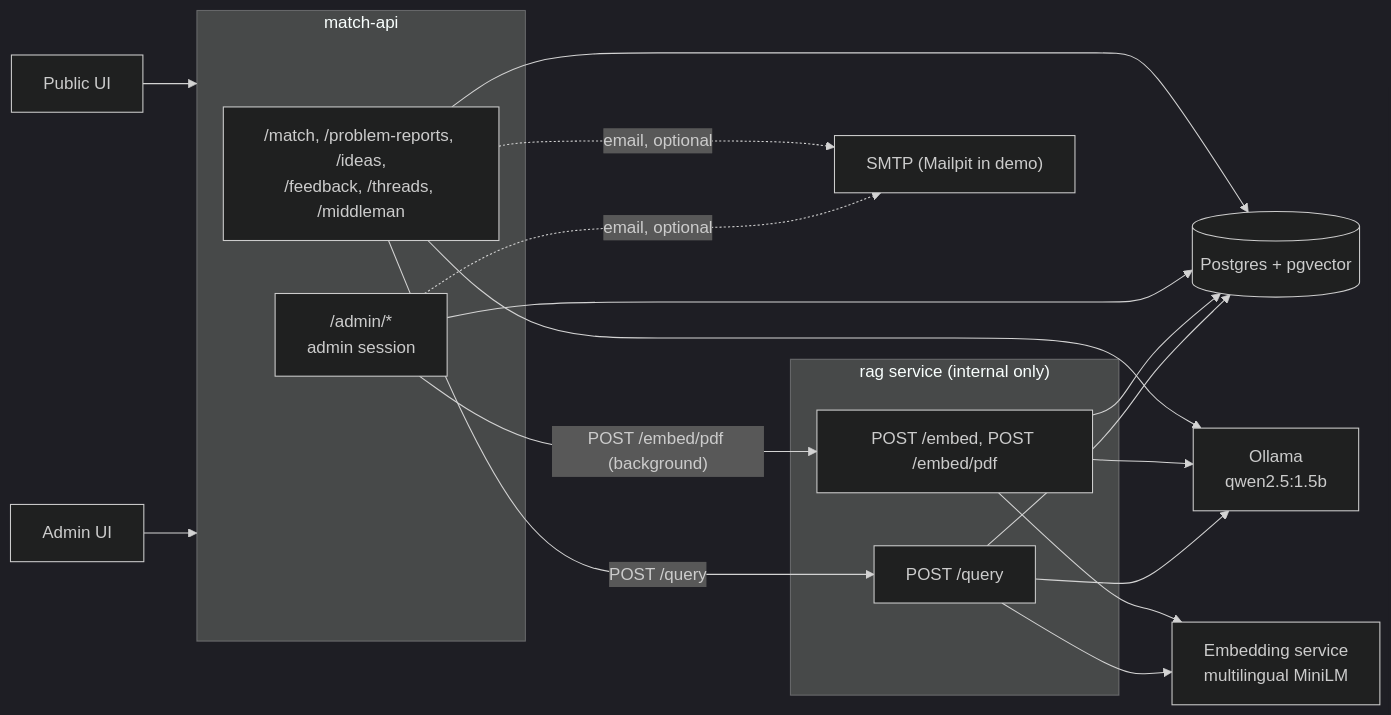
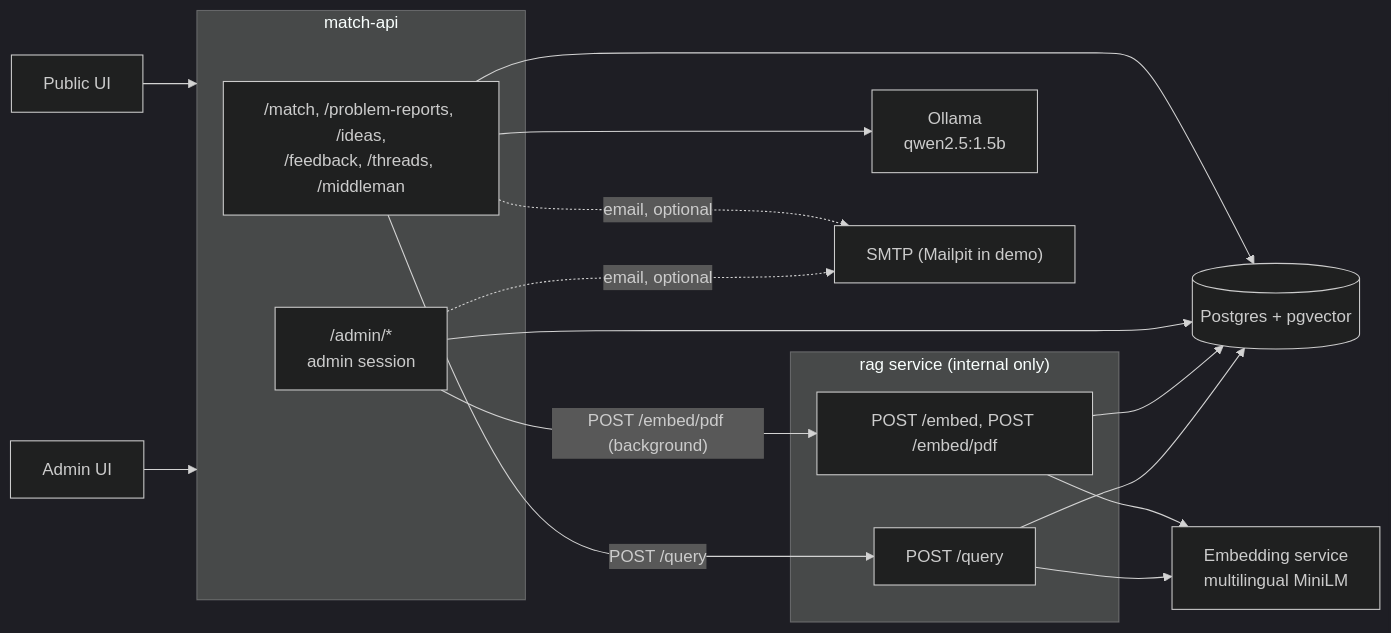
The first of 4 diagrams in documentation/backend/architecture.md (DziadBud/HackYeah2026), drawn with Mermaid (dark theme) before and after one commit. The commit also changed other lines of this file and 3 other files, not shown here.

````diff
--- a/documentation/backend/architecture.md
+++ b/documentation/backend/architecture.md
@@ -15,29 +15,28 @@
 ```mermaid
 flowchart LR
     PUI[Public UI] --> API
     AUI[Admin UI] --> API
 
     subgraph API["match-api"]
         PUB["/match, /problem-reports, /ideas,<br/>/feedback, /threads, /middleman"]
         ADM["/admin/*<br/>admin session"]
     end
 
     subgraph RAG["rag service (internal only)"]
         EMBED["POST /embed, POST /embed/pdf"]
         QRY["POST /query"]
     end
 
     DB[("Postgres + pgvector")]
     VEC[Embedding service<br/>multilingual MiniLM]
     LLM[Ollama<br/>qwen2.5:1.5b]
     SMTP["SMTP (Mailpit in demo)"]
 
     PUB & ADM --> DB
     PUB -- "POST /query" --> QRY
     ADM -- "POST /embed/pdf (background)" --> EMBED
     PUB --> LLM
-    EMBED & QRY --> LLM
     EMBED & QRY --> VEC
     PUB & ADM -. "email, optional" .-> SMTP
     EMBED & QRY --> DB
 ```
````
